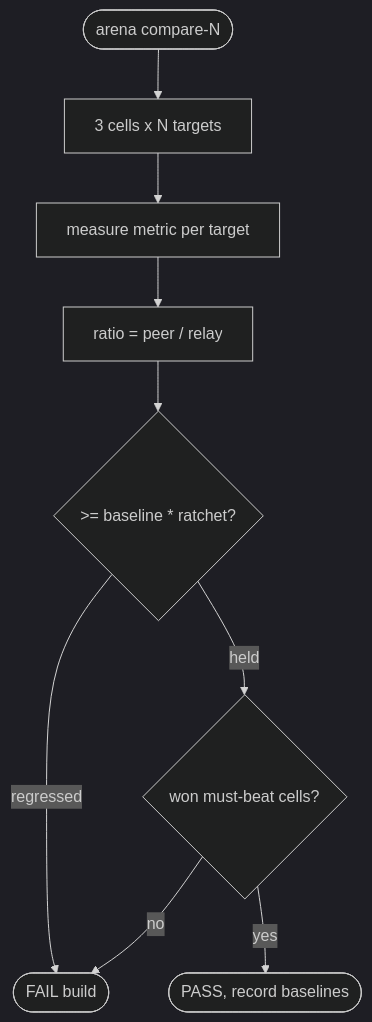
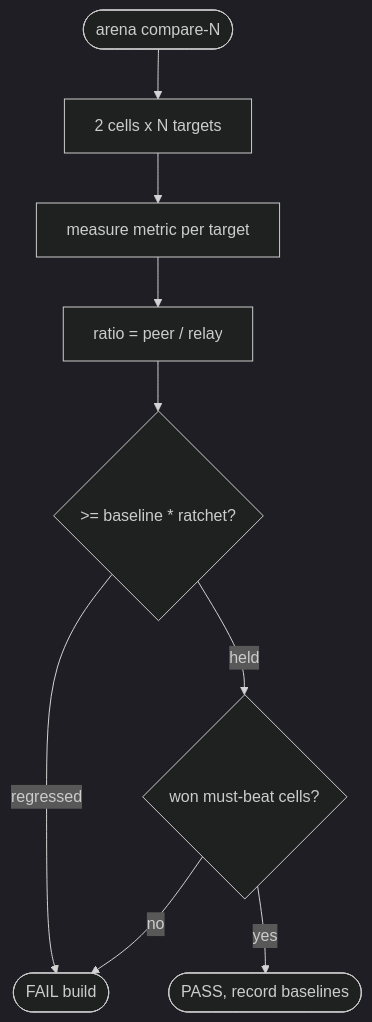
The first of 2 diagrams in projects/relay/tech-design/logic/competitor-perf-gate-vs-nats-rabbitmq-redpanda-arena-ratchet.md (chrischeng-c4/axiom), drawn with Mermaid (dark theme) before and after one commit. The commit also changed other lines of this file and 22 other files, not shown here.

````diff
--- a/projects/relay/tech-design/logic/competitor-perf-gate-vs-nats-rabbitmq-redpanda-arena-ratchet.md
+++ b/projects/relay/tech-design/logic/competitor-perf-gate-vs-nats-rabbitmq-redpanda-arena-ratchet.md
@@ -25,49 +25,49 @@
 ```mermaid
 ---
 id: relay-perf-gate-flow
 entry: run
 nodes:
   run:
     kind: start
     label: "arena runs each cell as one workload fanned across N targets (relay + competitors)"
   cells:
     kind: process
-    label: "Cells: broadcast (vs NATS core / Redis pub-sub), work-queue (vs RabbitMQ / JetStream / Redis Streams), durable log (vs Redpanda / Kafka / Pulsar)"
+    label: "Cells: work-queue (vs RabbitMQ / JetStream / Redis Streams), durable log (vs Redpanda / Kafka / Pulsar)"
   measure:
     kind: process
-    label: "Measure the metric per target (fan-out latency, lease/ack throughput, append + replay-from-seq)"
+    label: "Measure the metric per target (lease/ack throughput, append throughput)"
   ratio:
     kind: process
     label: "ratio = peer / relay; with lower-is-better latency, ratio > 1 means relay wins"
   ratchet:
     kind: decision
     label: "Ratchet: is relay's ratio still >= baseline * ratchet (no regression since last run)?"
   mustbeat:
     kind: decision
-    label: "On cells where relay claims to win (primary bar = NATS): is relay actually faster?"
+    label: "On cells where relay claims to win (primary bar = RabbitMQ): is relay actually faster?"
   pass:
     kind: terminal
     label: "Gate passes; record new baselines"
   fail:
     kind: terminal
     label: "Gate FAILS the build (regression, or lost a must-beat cell)"
 edges:
   - { from: run, to: cells }
   - { from: cells, to: measure }
   - { from: measure, to: ratio }
   - { from: ratio, to: ratchet }
   - { from: ratchet, to: fail, label: "regressed" }
   - { from: ratchet, to: mustbeat, label: "held" }
   - { from: mustbeat, to: fail, label: "lost a claimed cell" }
   - { from: mustbeat, to: pass, label: "won where claimed" }
 ---
 flowchart TD
-    run([arena compare-N]) --> cells[3 cells x N targets]
+    run([arena compare-N]) --> cells[2 cells x N targets]
     cells --> measure[measure metric per target]
     measure --> ratio[ratio = peer / relay]
     ratio --> ratchet{>= baseline * ratchet?}
     ratchet -->|regressed| fail([FAIL build])
     ratchet -->|held| mustbeat{won must-beat cells?}
     mustbeat -->|no| fail
     mustbeat -->|yes| pass([PASS, record baselines])
 ```
````
